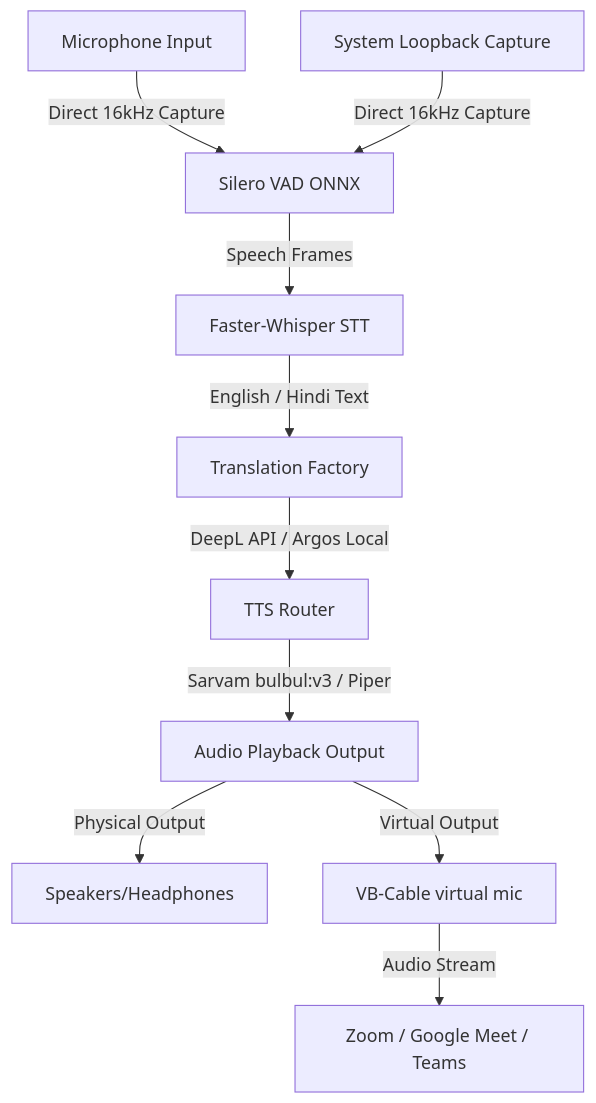
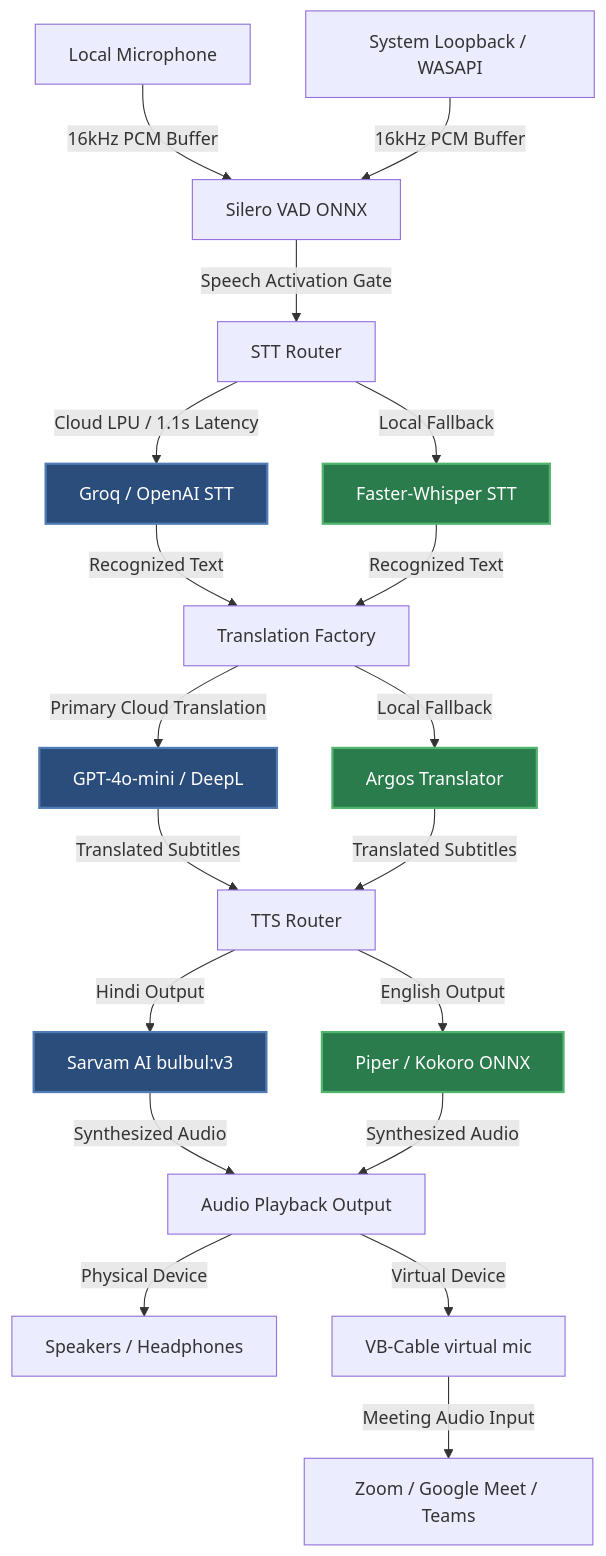
The diagram in README.md (chetan-s20/TalkSync), drawn with Mermaid before and after one commit. The commit also changed other lines of this file, not shown here.

````diff
--- a/README.md
+++ b/README.md
@@ -24,12 +38,27 @@
 ```mermaid
 graph TD
-    A[Microphone Input] -->|Direct 16kHz Capture| C[Silero VAD ONNX]
-    B[System Loopback Capture] -->|Direct 16kHz Capture| C
-    C -->|Speech Frames| D[Faster-Whisper STT]
-    D -->|English / Hindi Text| E[Translation Factory]
-    E -->|DeepL API / Argos Local| F[TTS Router]
-    F -->|Sarvam bulbul:v3 / Piper| G[Audio Playback Output]
-    G -->|Physical Output| H[Speakers/Headphones]
-    G -->|Virtual Output| I[VB-Cable virtual mic]
-    I -->|Audio Stream| J[Zoom / Google Meet / Teams]
+    A[Local Microphone] -->|16kHz PCM Buffer| C[Silero VAD ONNX]
+    B[System Loopback / WASAPI] -->|16kHz PCM Buffer| C
+    
+    C -->|Speech Activation Gate| D[STT Router]
+    D -->|Cloud LPU / 1.1s Latency| E1[Groq / OpenAI STT]
+    D -->|Local Fallback| E2[Faster-Whisper STT]
+    
+    E1 & E2 -->|Recognized Text| F[Translation Factory]
+    F -->|Primary Cloud Translation| G1[GPT-4o-mini / DeepL]
+    F -->|Local Fallback| G2[Argos Translator]
+    
+    G1 & G2 -->|Translated Subtitles| H[TTS Router]
+    H -->|Hindi Output| I1[Sarvam AI bulbul:v3]
+    H -->|English Output| I2[Piper / Kokoro ONNX]
+    
+    I1 & I2 -->|Synthesized Audio| J[Audio Playback Output]
+    J -->|Physical Device| K[Speakers / Headphones]
+    J -->|Virtual Device| L[VB-Cable virtual mic]
+    L -->|Meeting Audio Input| M[Zoom / Google Meet / Teams]
+    
+    classDef cloud fill:#2a4d7c,stroke:#4f7cb4,stroke-width:2px,color:#fff;
+    classDef local fill:#2a7c4d,stroke:#4fb46c,stroke-width:2px,color:#fff;
+    class E1,G1,I1 cloud;
+    class E2,G2,I2 local;
 ```
````
